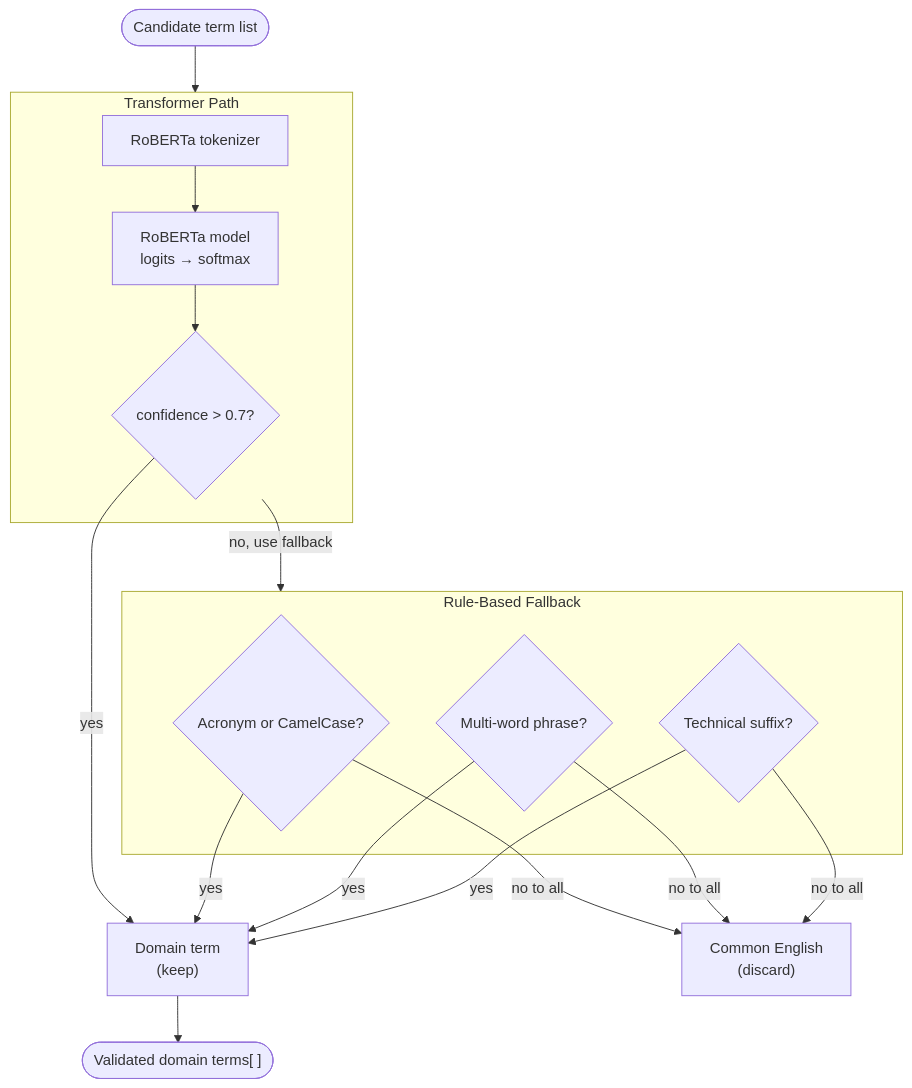
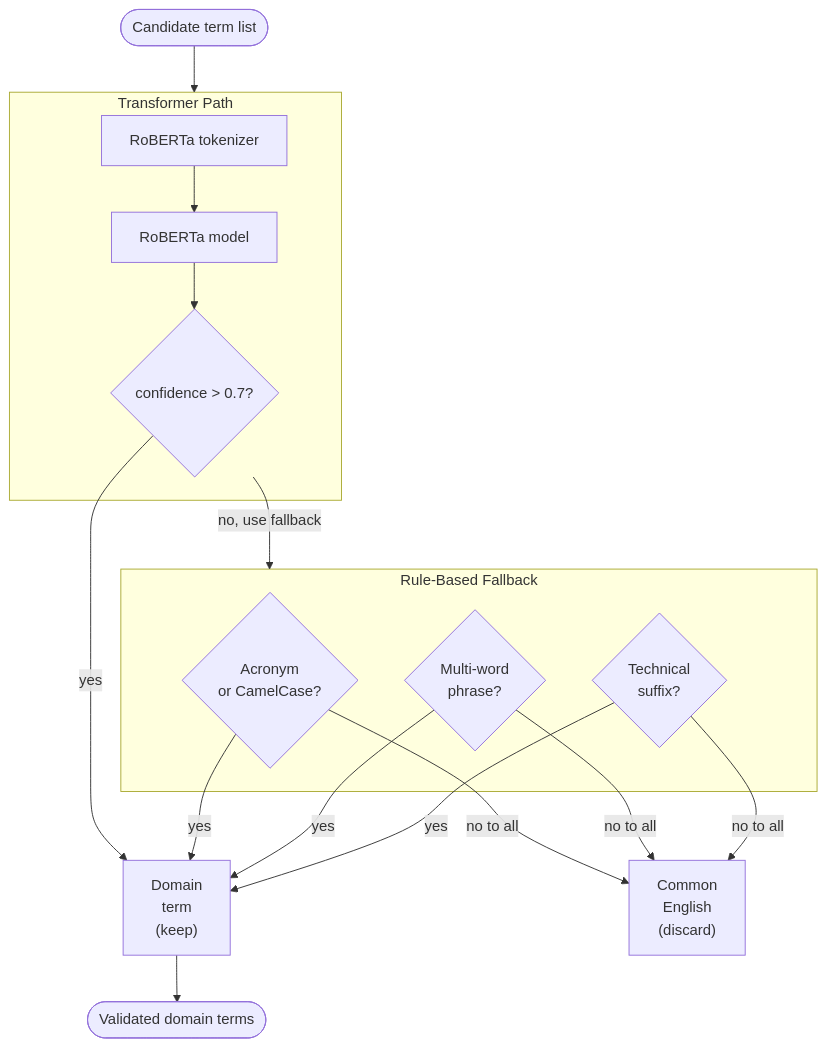
Before and after one commit to asa-holland/csuf-clarus: the third of 12 diagrams in analysis.md, drawn with Mermaid. The commit also changed other lines of this file, not shown here.

````diff
--- a/analysis.md
+++ b/analysis.md
@@ -83,29 +70,29 @@
 ```mermaid
 flowchart TD
     IN(["Candidate term list"])
 
     subgraph TRANSFORMER["Transformer Path"]
         T1["RoBERTa tokenizer"]
-        T2["RoBERTa model\nlogits → softmax"]
+        T2["RoBERTa model"]
         T3{"confidence > 0.7?"}
         T1 --> T2 --> T3
     end
 
     subgraph RULES["Rule-Based Fallback"]
-        R1{"Acronym or CamelCase?"}
-        R2{"Multi-word phrase?"}
-        R3{"Technical suffix?"}
+        R1{"Acronym</br>or CamelCase?"}
+        R2{"Multi-word</br>phrase?"}
+        R3{"Technical</br>suffix?"}
     end
 
-    DOMAIN["Domain term\n(keep)"]
-    COMMON["Common English\n(discard)"]
+    DOMAIN["Domain</br>term\n(keep)"]
+    COMMON["Common</br>English\n(discard)"]
 
-    OUT(["Validated domain terms[ ]"])
+    OUT(["Validated domain terms"])
 
     IN --> TRANSFORMER
     T3 -->|yes| DOMAIN
     T3 -->|no, use fallback| RULES
     R1 & R2 & R3 -->|yes| DOMAIN
     R1 & R2 & R3 -->|no to all| COMMON
     DOMAIN --> OUT
 ```
````
